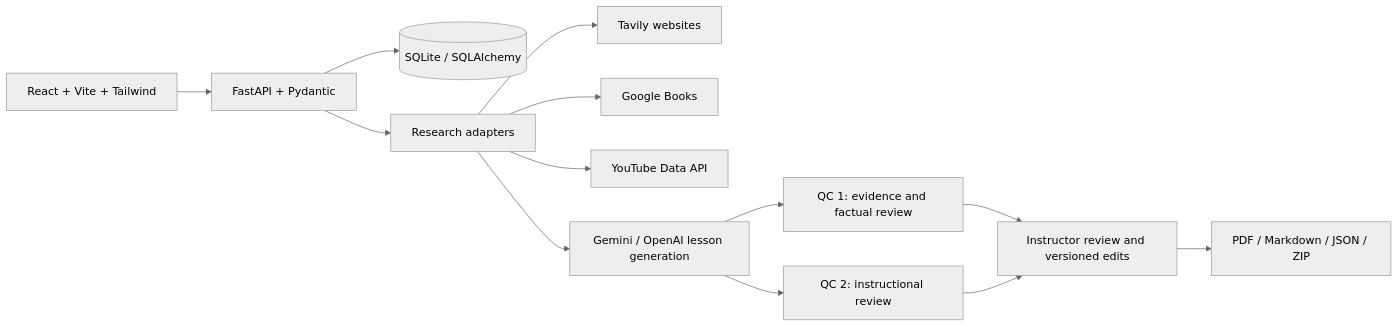
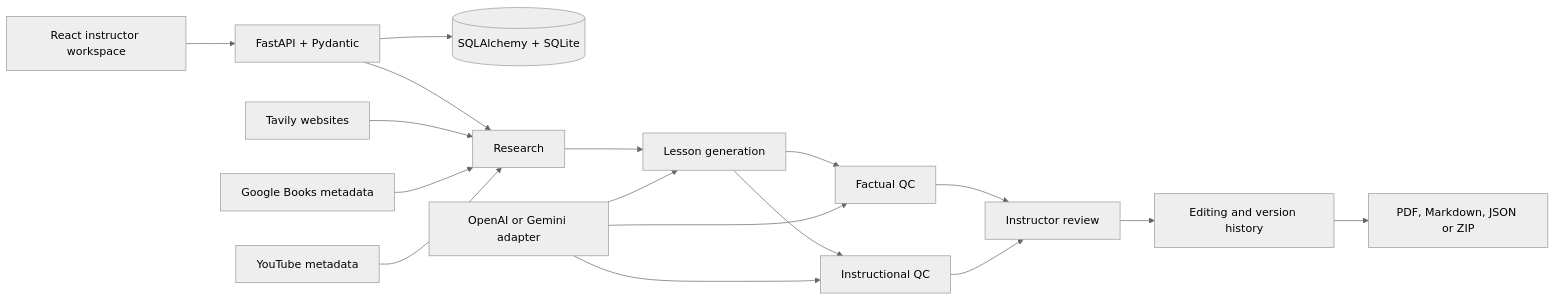
Before and after one commit to SanjayShrish788/LessonForge-AI: the diagram in README.md, drawn with Mermaid (neutral theme). The commit also changed other lines of this file, not shown here.

Commit message:
docs: improve project architecture and technical overview

````diff
--- a/README.md
+++ b/README.md
@@ -25,15 +36,19 @@
 ```mermaid
 flowchart LR
-    UI[React + Vite + Tailwind] --> API[FastAPI + Pydantic]
-    API --> DB[(SQLite / SQLAlchemy)]
-    API --> Research[Research adapters]
-    Research --> Tavily[Tavily websites]
-    Research --> Books[Google Books]
-    Research --> YouTube[YouTube Data API]
-    Research --> Generate[Gemini / OpenAI lesson generation]
-    Generate --> Factual[QC 1: evidence and factual review]
-    Generate --> Teaching[QC 2: instructional review]
-    Factual --> Review[Instructor review and versioned edits]
+    UI[React instructor workspace] --> API[FastAPI + Pydantic]
+    API --> DB[(SQLAlchemy + SQLite)]
+    API --> Research[Research]
+    Tavily[Tavily websites] --> Research
+    Books[Google Books metadata] --> Research
+    Video[YouTube metadata] --> Research
+    Research --> Gen[Lesson generation]
+    Gen --> Factual[Factual QC]
+    Gen --> Teaching[Instructional QC]
+    Model[OpenAI or Gemini adapter] --> Gen
+    Model --> Factual
+    Model --> Teaching
+    Factual --> Review[Instructor review]
     Teaching --> Review
-    Review --> Export[PDF / Markdown / JSON / ZIP]
+    Review --> Versions[Editing and version history]
+    Versions --> Export[PDF, Markdown, JSON or ZIP]
 ```
````
